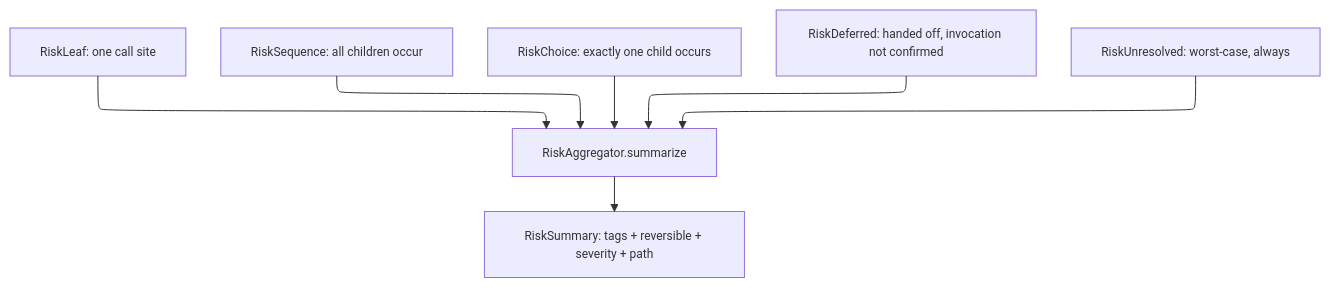
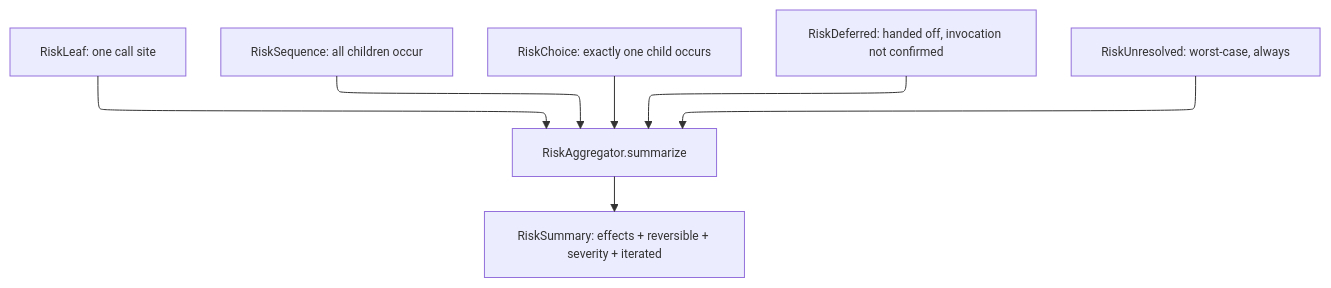
One commit to ModelArmy/adjutant.cr changed the ninth of 11 diagrams in DEVELOPMENT.md. Above: the diagram before and after it, drawn with Mermaid. The commit also changed other lines of this file and 12 other files, not shown here.

````diff
--- a/DEVELOPMENT.md
+++ b/DEVELOPMENT.md
@@ -464,16 +464,16 @@
 ```mermaid
 ---
 displayMode: compact
 config:
   layout: elk
   themeVariables:
     fontSize: 12px
 ---
 flowchart TD
     Leaf["RiskLeaf: one call site"] --> Agg[RiskAggregator.summarize]
     Seq["RiskSequence: all children occur"] --> Agg
     Choice["RiskChoice: exactly one child occurs"] --> Agg
     Deferred["RiskDeferred: handed off, invocation not confirmed"] --> Agg
     Unresolved["RiskUnresolved: worst-case, always"] --> Agg
-    Agg --> Sum[RiskSummary: tags + reversible + severity + path]
+    Agg --> Sum[RiskSummary: effects + reversible + severity + iterated]
 ```
````
